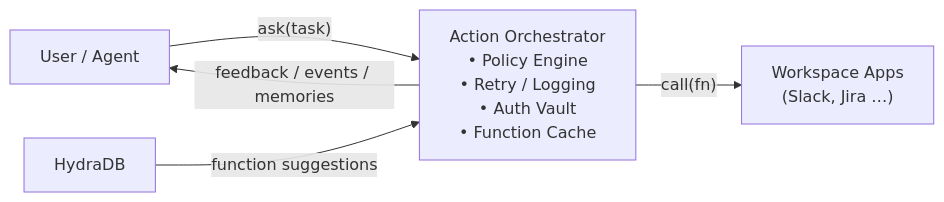
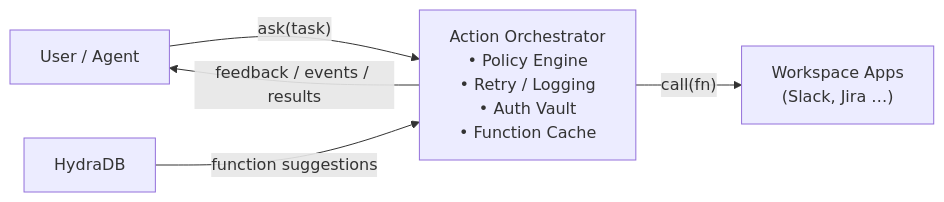
Before and after one commit to hydra-db/mintlify-docs: the first of 2 diagrams in cookbooks/v2/ai-chief-of-staff.mdx, drawn with Mermaid. The commit also changed other lines of this file and 13 other files, not shown here.

````diff
--- a/cookbooks/v2/ai-chief-of-staff.mdx
+++ b/cookbooks/v2/ai-chief-of-staff.mdx
@@ -70,7 +66,7 @@
 ```mermaid
 graph LR
     A["User / Agent"] -->|"ask(task)"| B["Action Orchestrator<br/>• Policy Engine<br/>• Retry / Logging<br/>• Auth Vault<br/>• Function Cache"]
     B -->|"call(fn)"| C["Workspace Apps<br/>(Slack, Jira …)"]
     D["HydraDB"] -->|"function suggestions"| B
-    B -->|"feedback / events / memories"| A
+    B -->|"feedback / events / results"| A
 ```
````
